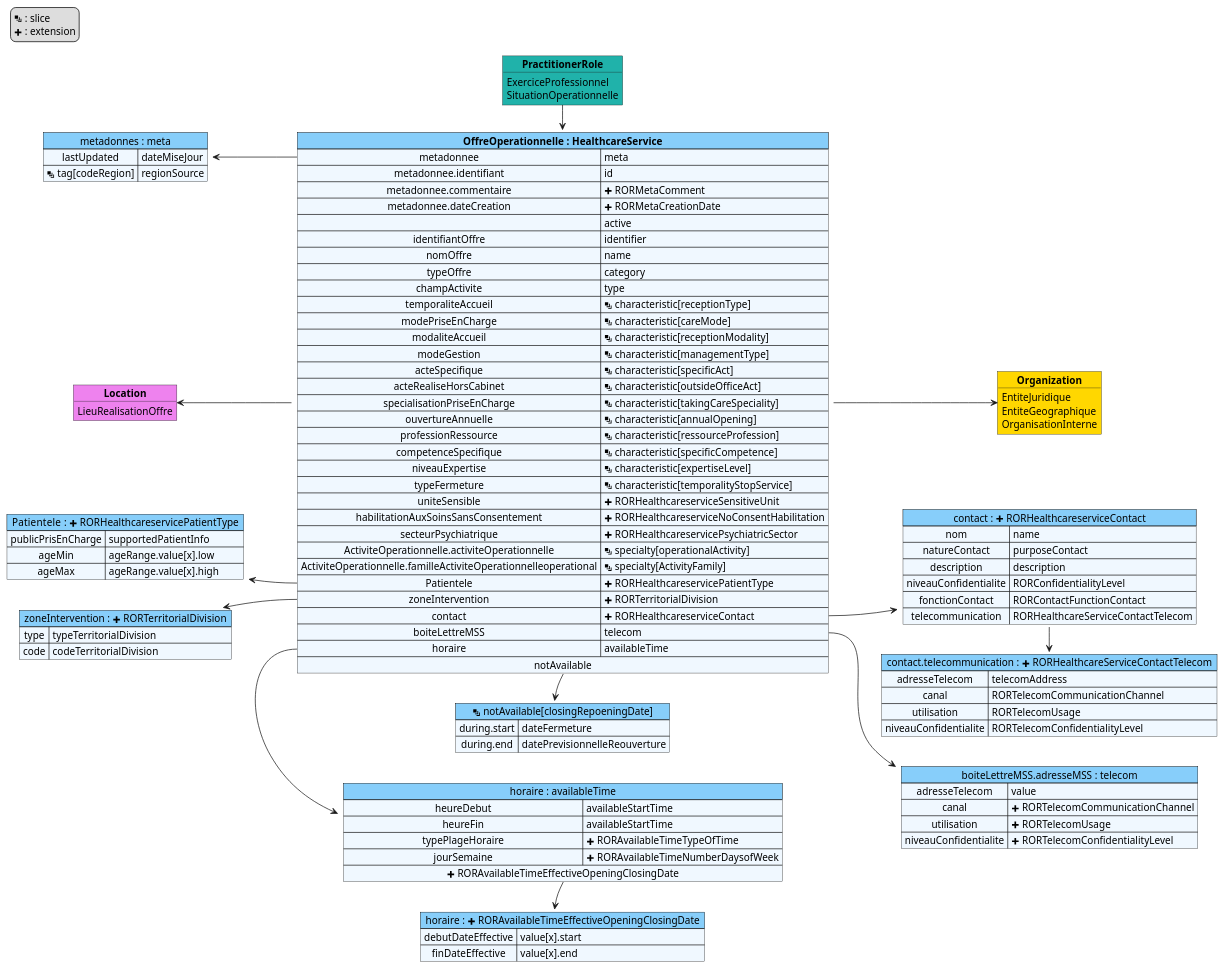
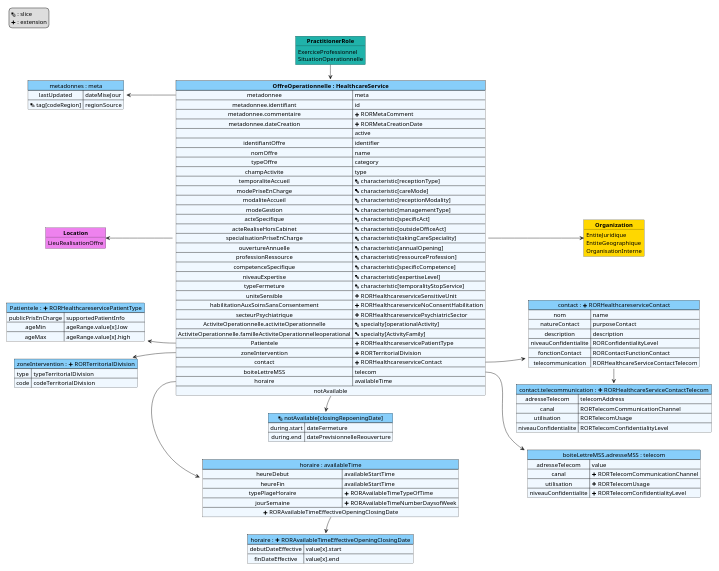
Before and after one commit to ansforge/IG-fhir-repertoire-offre-ressources-sante: the diagram in input/images-source/mapping-HealthcareService.plantuml, drawn with PlantUML. The commit also changed 4 other files, not shown here.

```diff
--- a/input/images-source/mapping-HealthcareService.plantuml
+++ b/input/images-source/mapping-HealthcareService.plantuml
@@ -1,132 +1,134 @@
 @startuml mapping-HealthcareService
 
 left to right direction
+
+scale 1000 width
 
 legend top left
   <&layers> : slice
   <&plus> : extension
 endlegend
 
 
 map "metadonnes : meta" as meta #back:AliceBlue;header:LightSkyBlue {
     lastUpdated => dateMiseJour 
     <&layers> tag[codeRegion] => regionSource
 }
 
 map "Patientele  : <&plus> RORHealthcareservicePatientType" as RORHealthcareservicePatientType #back:AliceBlue;header:LightSkyBlue {
     publicPrisEnCharge => supportedPatientInfo
     ageMin => ageRange.value[x].low
     ageMax => ageRange.value[x].high
 }
 
 map "zoneIntervention : <&plus> RORTerritorialDivision" as RORTerritorialDivision #back:AliceBlue;header:LightSkyBlue {
     type => typeTerritorialDivision
     code => codeTerritorialDivision
 }
 
 map "<&layers> notAvailable[closingRepoeningDate]" as notAvailable #back:AliceBlue;header:LightSkyBlue {
     during.start => dateFermeture
     during.end => datePrevisionnelleReouverture
 }
 
 map "horaire : <&plus> RORAvailableTimeEffectiveOpeningClosingDate" as RORAvailableTimeEffectiveOpeningClosingDate #back:AliceBlue;header:LightSkyBlue {
     debutDateEffective => value[x].start
     finDateEffective => value[x].end
 }
 
 map "horaire : availableTime" as availableTime #back:AliceBlue;header:LightSkyBlue {
     heureDebut => availableStartTime
     heureFin => availableStartTime
     typePlageHoraire => <&plus> RORAvailableTimeTypeOfTime
     jourSemaine => <&plus> RORAvailableTimeNumberDaysofWeek
     <&plus> RORAvailableTimeEffectiveOpeningClosingDate *-> RORAvailableTimeEffectiveOpeningClosingDate
 }
 
 map "boiteLettreMSS.adresseMSS : telecom" as telecom #back:AliceBlue;header:LightSkyBlue {
     adresseTelecom => value
     canal => <&plus> RORTelecomCommunicationChannel
     utilisation => <&plus> RORTelecomUsage
     niveauConfidentialite => <&plus> RORTelecomConfidentialityLevel
 }
 
 map "contact : <&plus> RORHealthcareserviceContact" as RORHealthcareserviceContact #back:AliceBlue;header:LightSkyBlue {
     nom => name
     natureContact => purposeContact
     description => description
     niveauConfidentialite => RORConfidentialityLevel
     fonctionContact => RORContactFunctionContact
     telecommunication => RORHealthcareServiceContactTelecom
 }
 
 map "contact.telecommunication : <&plus> RORHealthcareServiceContactTelecom" as RORHealthcareServiceContactTelecom #back:AliceBlue;header:LightSkyBlue {
     adresseTelecom => telecomAddress
     canal => RORTelecomCommunicationChannel
     utilisation => RORTelecomUsage
     niveauConfidentialite => RORTelecomConfidentialityLevel
 }
 
 
 map "**OffreOperationnelle : HealthcareService**" as HS #back:AliceBlue;header:LightSkyBlue {
     metadonnee => meta 
     metadonnee.identifiant => id
     metadonnee.commentaire => <&plus> RORMetaComment
     metadonnee.dateCreation => <&plus> RORMetaCreationDate
     => active
     identifiantOffre => identifier
     nomOffre => name
     typeOffre => category
     champActivite => type
     temporaliteAccueil => <&layers> characteristic[receptionType]
     modePriseEnCharge => <&layers> characteristic[careMode]
     modaliteAccueil => <&layers> characteristic[receptionModality]
     modeGestion => <&layers> characteristic[managementType]
     acteSpecifique => <&layers> characteristic[specificAct]
     acteRealiseHorsCabinet => <&layers> characteristic[outsideOfficeAct]
     specialisationPriseEnCharge => <&layers> characteristic[takingCareSpeciality]
     ouvertureAnnuelle => <&layers> characteristic[annualOpening]
     professionRessource => <&layers> characteristic[ressourceProfession]
     competenceSpecifique => <&layers> characteristic[specificCompetence]
     niveauExpertise  => <&layers> characteristic[expertiseLevel]
     typeFermeture => <&layers> characteristic[temporalityStopService]
     uniteSensible => <&plus> RORHealthcareserviceSensitiveUnit
     habilitationAuxSoinsSansConsentement => <&plus> RORHealthcareserviceNoConsentHabilitation
     secteurPsychiatrique => <&plus> RORHealthcareservicePsychiatricSector
     ActiviteOperationnelle.activiteOperationnelle => <&layers> specialty[operationalActivity]
     ActiviteOperationnelle.familleActiviteOperationnelleoperational => <&layers> specialty[ActivityFamily]
     Patientele => <&plus> RORHealthcareservicePatientType
     zoneIntervention => <&plus> RORTerritorialDivision
     contact => <&plus> RORHealthcareserviceContact
     boiteLettreMSS => telecom
     horaire => availableTime
     notAvailable *-> notAvailable
 }
 
 meta <-- HS::metadonnee
 HS::horaire -> availableTime 
 RORHealthcareservicePatientType <-- HS::Patientele
 RORTerritorialDivision <-- HS::zoneIntervention
 HS::boiteLettreMSS --> telecom
 HS::contact --> RORHealthcareserviceContact
 RORHealthcareserviceContact -> RORHealthcareServiceContactTelecom
 
 
 object "**PractitionerRole**" as PR #LightSeaGreen {
     ExerciceProfessionnel
     SituationOperationnelle
 }
 
 object "**Location**" as L #Violet {
     LieuRealisationOffre
 }
 
 object "**Organization**" as O #Gold {
     EntiteJuridique
     EntiteGeographique
     OrganisationInterne
 }
 
 PR -> HS
 L <-- HS
 HS --> O
 
 @enduml
```
